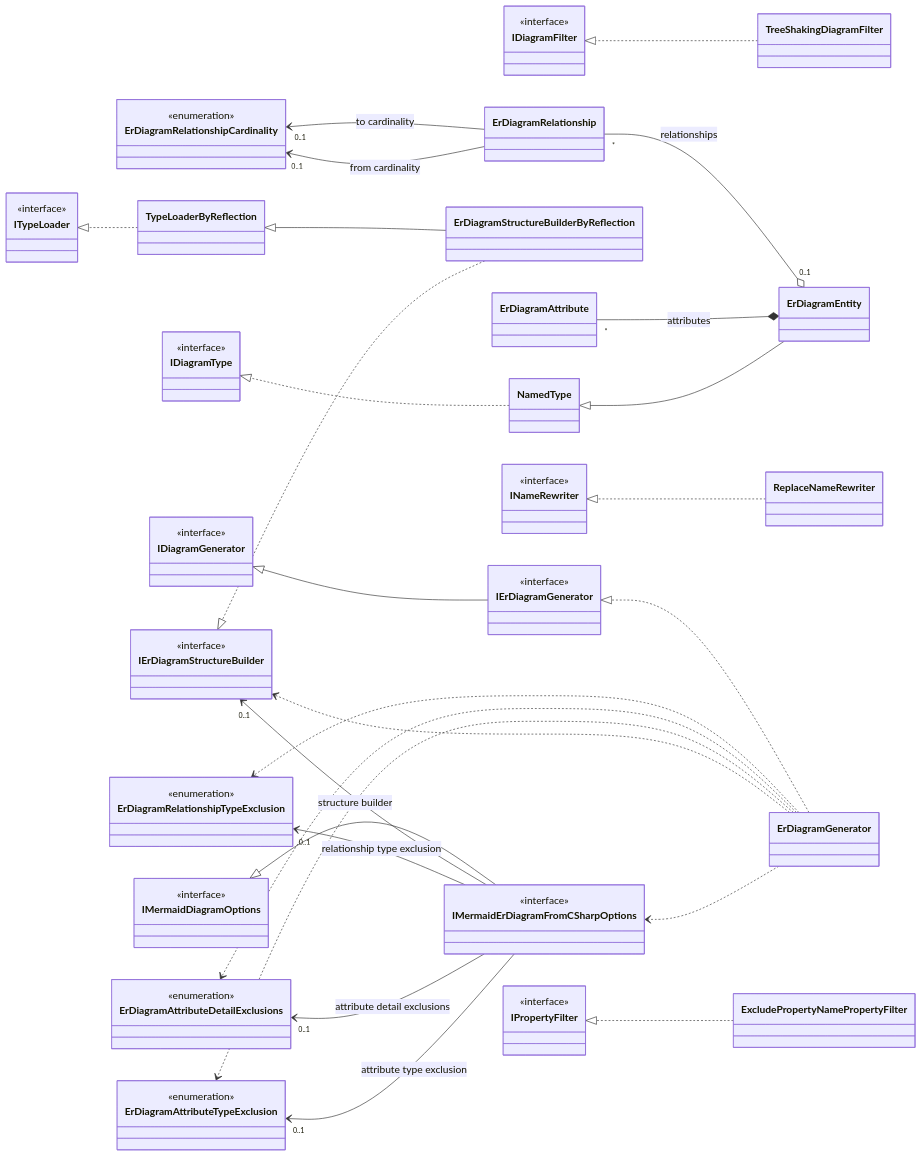
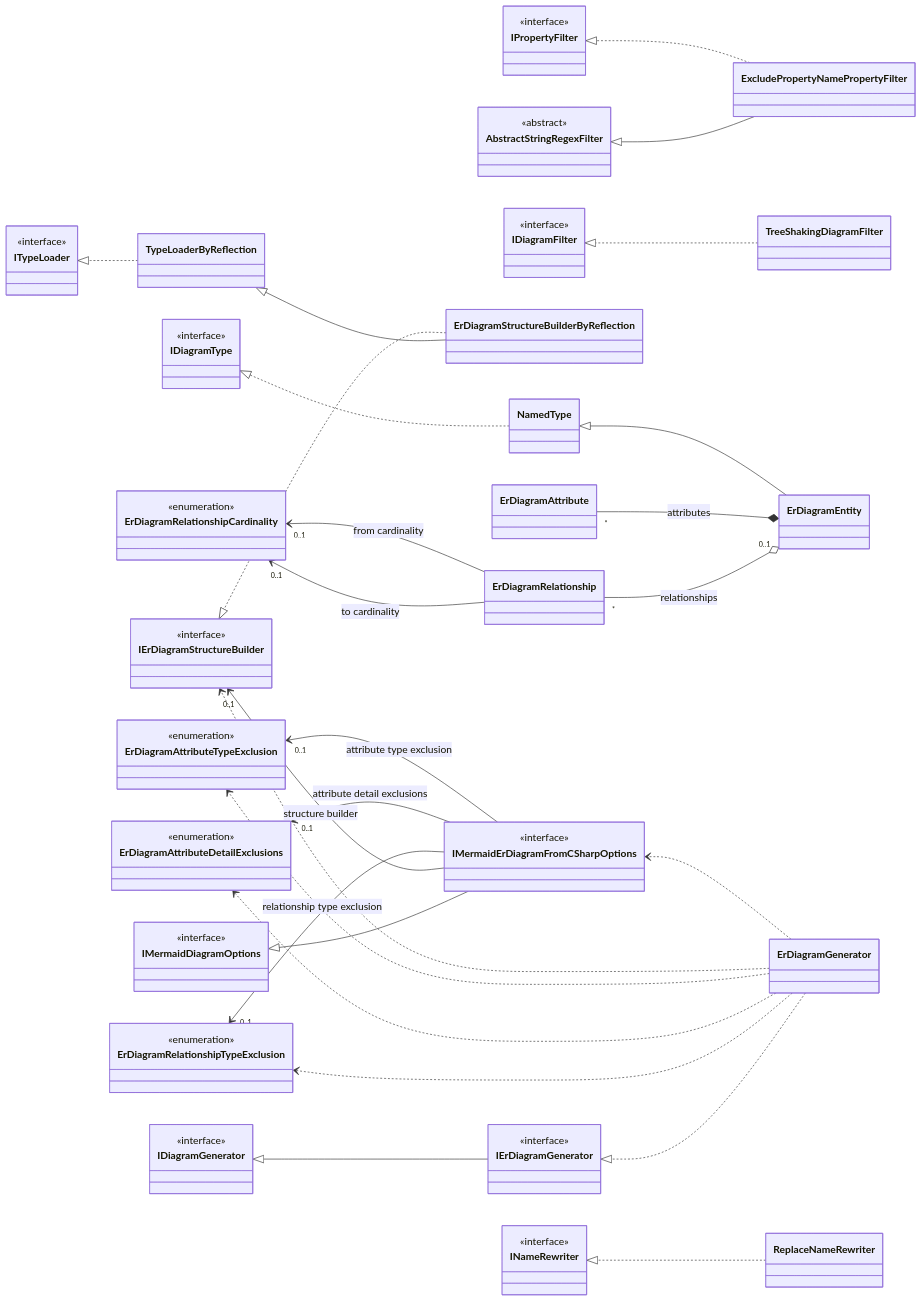
The fifth of 5 diagrams in docs/examples/filtering-mermaid-diagram-content.md (ebjornset/DryGen), drawn with Mermaid before and after one commit. The commit also changed other lines of this file and 42 other files, not shown here.

Commit message:
Filter of depts by assembly name in c4 container diagrams (#68)

````diff
--- a/docs/examples/filtering-mermaid-diagram-content.md
+++ b/docs/examples/filtering-mermaid-diagram-content.md
@@ -438,6 +458,9 @@
 ```mermaid
 classDiagram
 	direction RL
+	class AbstractStringRegexFilter {
+		<<abstract>>
+	}
 	class ErDiagramAttribute {
 	}
 	class ErDiagramAttributeDetailExclusions {
@@ -514,6 +537,7 @@
 	ErDiagramStructureBuilderByReflection ..|> IErDiagramStructureBuilder
 	ErDiagramStructureBuilderByReflection --|> TypeLoaderByReflection
 	ExcludePropertyNamePropertyFilter ..|> IPropertyFilter
+	ExcludePropertyNamePropertyFilter --|> AbstractStringRegexFilter
 	IErDiagramGenerator --|> IDiagramGenerator
 	IMermaidErDiagramFromCSharpOptions --> "0..1" ErDiagramAttributeTypeExclusion : attribute type exclusion
 	IMermaidErDiagramFromCSharpOptions --> "0..1" ErDiagramAttributeDetailExclusions : attribute detail exclusions
````
